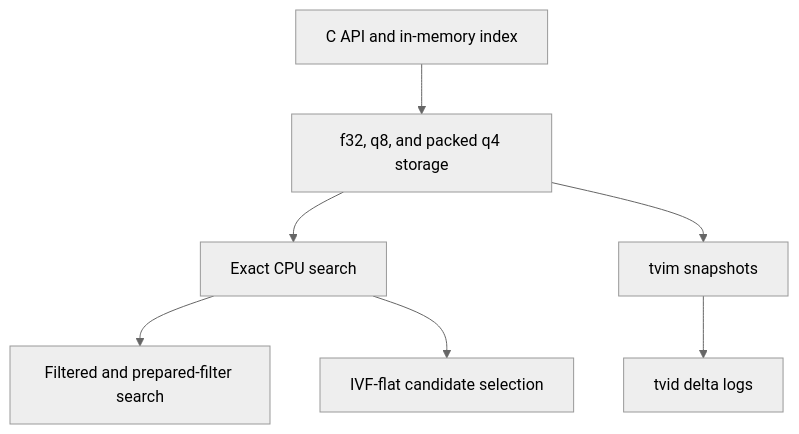
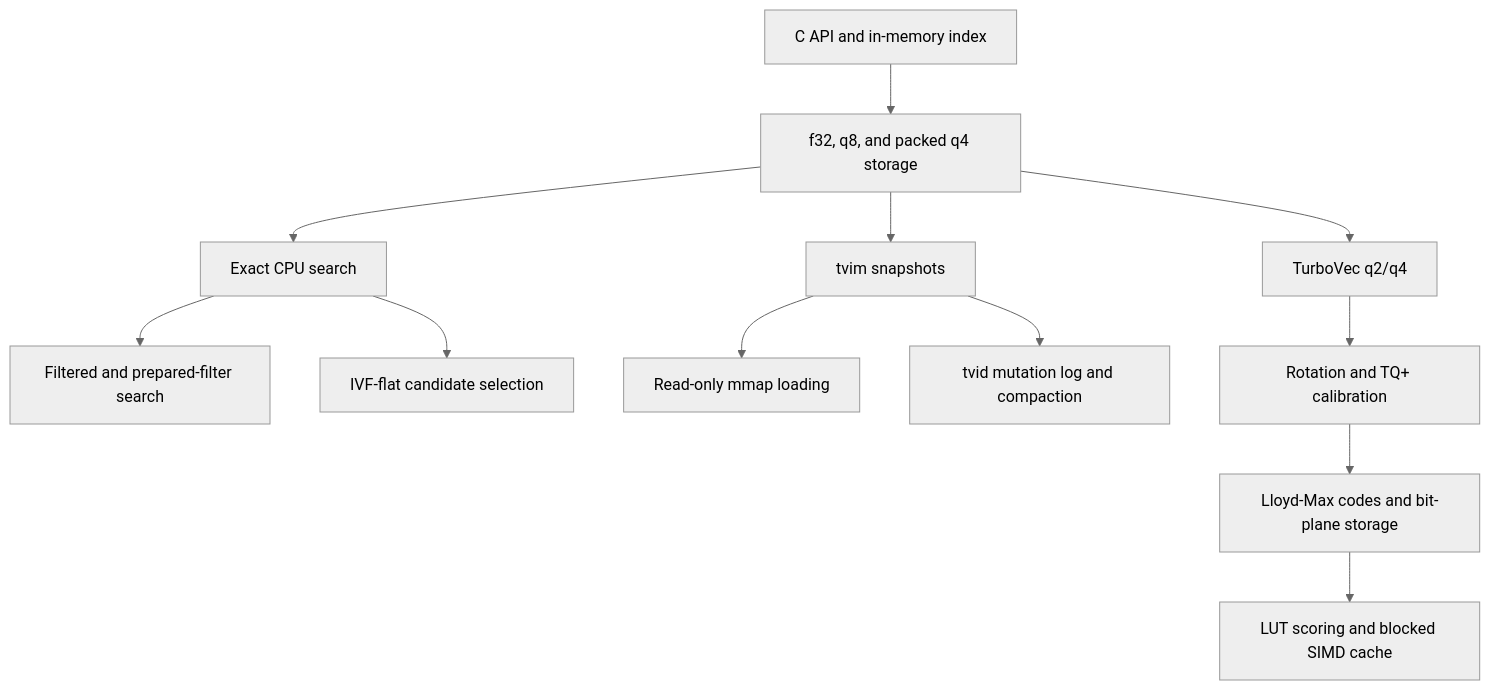
One commit to tetherto/qvac-ext-lib-llama.cpp changed the diagram in docs/vector-index.md. Above: the diagram before and after it, drawn with Mermaid (neutral theme). The commit also changed other lines of this file and 25 other files, not shown here.

Commit message:
ggml : add TurboVec q2 q4 CPU indexes

````diff
--- a/docs/vector-index.md
+++ b/docs/vector-index.md
@@ -17,9 +17,14 @@
 ```mermaid
 flowchart TD
     api["C API and in-memory index"] --> storage["f32, q8, and packed q4 storage"]
     storage --> exact["Exact CPU search"]
     exact --> filters["Filtered and prepared-filter search"]
     exact --> ivf["IVF-flat candidate selection"]
     storage --> snapshot["tvim snapshots"]
-    snapshot --> delta["tvid delta logs"]
+    snapshot --> mmap["Read-only mmap loading"]
+    snapshot --> delta["tvid mutation log and compaction"]
+    storage --> turbovec["TurboVec q2/q4"]
+    turbovec --> rotation["Rotation and TQ+ calibration"]
+    rotation --> codes["Lloyd-Max codes and bit-plane storage"]
+    codes --> lut["LUT scoring and blocked SIMD cache"]
 ```
````
